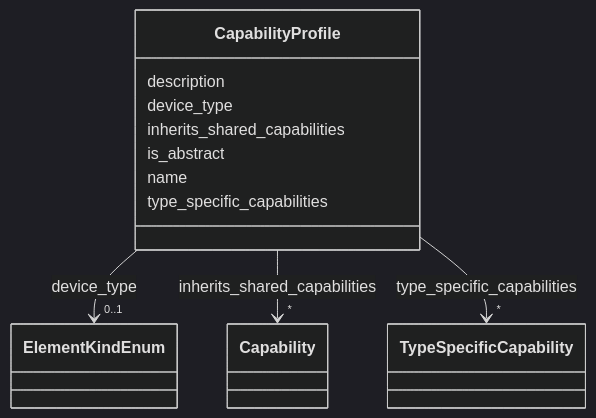
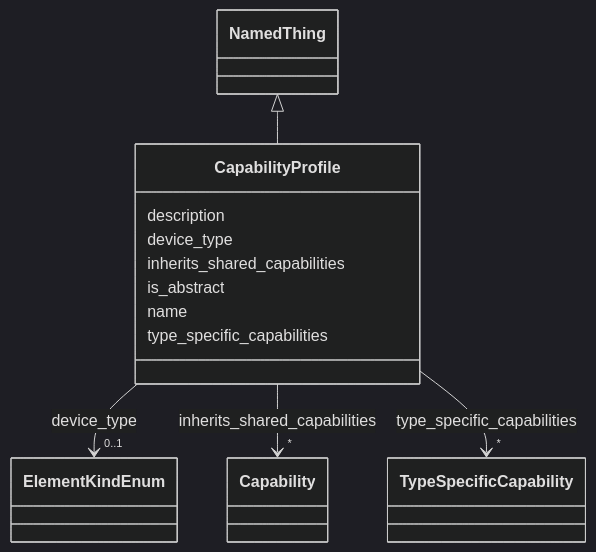
The diagram in docs_narad/CapabilityProfile.md (pals-project/pals-facility-config), drawn with Mermaid (dark theme) before and after one commit. The commit also changed other lines of this file and 235 other files, not shown here.

Commit message:
aligned schema to SOSA SNN, gen-project gendocs and validate all work

````diff
--- a/docs_narad/CapabilityProfile.md
+++ b/docs_narad/CapabilityProfile.md
@@ -18,45 +18,48 @@
 ```mermaid
  classDiagram
     class CapabilityProfile
     click CapabilityProfile href "../CapabilityProfile/"
+      NamedThing <|-- CapabilityProfile
+        click NamedThing href "../NamedThing/"
+      
       CapabilityProfile : description
         
       CapabilityProfile : device_type
         
           
     
         
         
         CapabilityProfile --> "0..1" ElementKindEnum : device_type
         click ElementKindEnum href "../ElementKindEnum/"
     
 
         
       CapabilityProfile : inherits_shared_capabilities
         
           
     
         
         
         CapabilityProfile --> "*" Capability : inherits_shared_capabilities
         click Capability href "../Capability/"
     
 
         
       CapabilityProfile : is_abstract
         
       CapabilityProfile : name
         
       CapabilityProfile : type_specific_capabilities
         
           
     
         
         
         CapabilityProfile --> "*" TypeSpecificCapability : type_specific_capabilities
         click TypeSpecificCapability href "../TypeSpecificCapability/"
     
 
         
       
 ```
````
